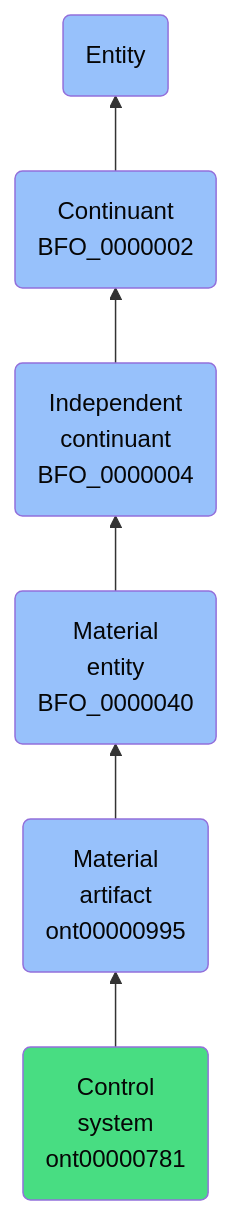
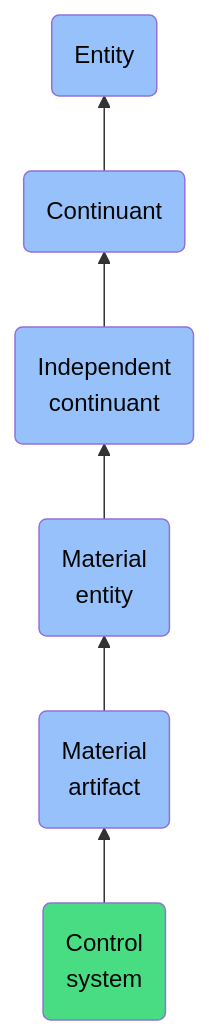
The diagram in docs/ontology/reference/model/Entity/Continuant/Independent continuant/Material entity/Material artifact/Control system/Control system.md (jupyter-naas/abi), drawn with Mermaid before and after one commit. The commit also changed other lines of this file and 1430 other files, not shown here.

````diff
--- a/docs/ontology/reference/model/Entity/Continuant/Independent continuant/Material entity/Material artifact/Control system/Control system.md
+++ b/docs/ontology/reference/model/Entity/Continuant/Independent continuant/Material entity/Material artifact/Control system/Control system.md
@@ -24,13 +24,13 @@
 ```mermaid
 graph BT
-    ont00000781(Control<br>system<br>ont00000781):::ABI-->ont00000995
-    ont00000995(Material<br>artifact<br>ont00000995):::BFO-->BFO_0000040
-    BFO_0000040(Material<br>entity<br>BFO_0000040):::BFO-->BFO_0000004
-    BFO_0000004(Independent<br>continuant<br>BFO_0000004):::BFO-->BFO_0000002
-    BFO_0000002(Continuant<br>BFO_0000002):::BFO-->BFO_0000001
+    ont00000781(Control<br>system):::ABI-->ont00000995
+    ont00000995(Material<br>artifact):::BFO-->BFO_0000040
+    BFO_0000040(Material<br>entity):::BFO-->BFO_0000004
+    BFO_0000004(Independent<br>continuant):::BFO-->BFO_0000002
+    BFO_0000002(Continuant):::BFO-->BFO_0000001
     BFO_0000001(Entity):::BFO
     
     classDef BFO fill:#97c1fb,color:#060606
     classDef CCO fill:#e4c51e,color:#060606
     classDef ABI fill:#48DD82,color:#060606
 ```
````
